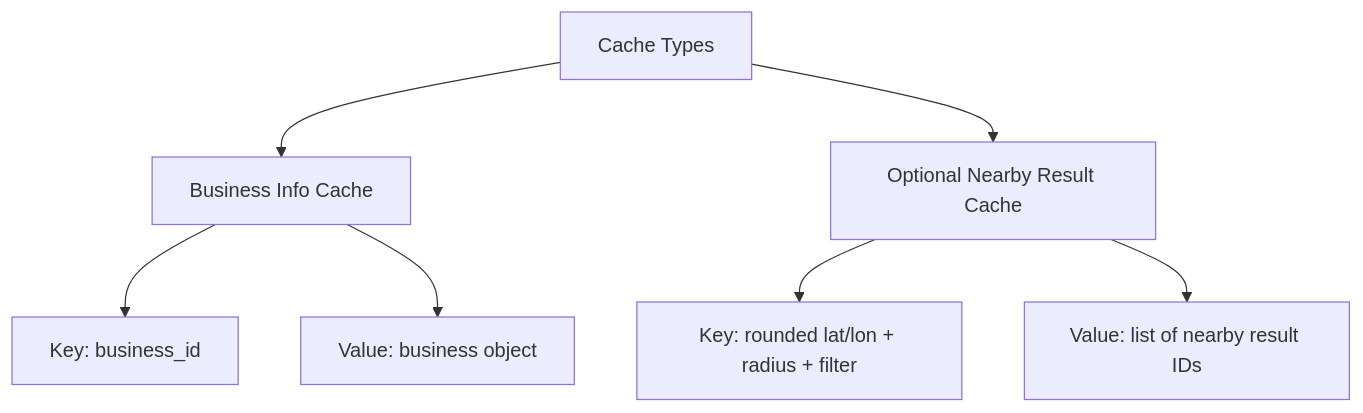
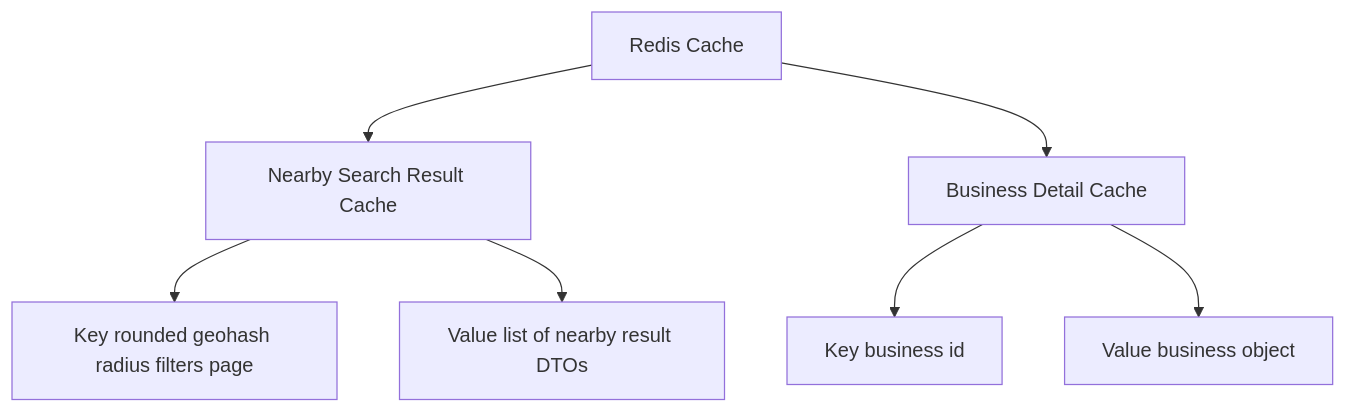
Before and after one commit to mthaiseer/springcloud-systemdesign-notes: the ninth of 18 diagrams in HLD_NOTES/004_INTERVIEW_PROBLEMS/013_proximity_service_visual_notes.md, drawn with Mermaid. The commit also changed other lines of this file and 1 other file, not shown here.

````diff
--- a/HLD_NOTES/004_INTERVIEW_PROBLEMS/013_proximity_service_visual_notes.md
+++ b/HLD_NOTES/004_INTERVIEW_PROBLEMS/013_proximity_service_visual_notes.md
@@ -648,11 +793,11 @@
 ```mermaid
 flowchart TB
-    A[Cache Types] --> B[Business Info Cache]
-    A --> C[Optional Nearby Result Cache]
+    A[Redis Cache] --> B[Nearby Search Result Cache]
+    A --> C[Business Detail Cache]
 
-    B --> B1[Key: business_id]
-    B --> B2[Value: business object]
+    B --> B1[Key rounded geohash radius filters page]
+    B --> B2[Value list of nearby result DTOs]
 
-    C --> C1[Key: rounded lat/lon + radius + filter]
-    C --> C2[Value: list of nearby result IDs]
+    C --> C1[Key business id]
+    C --> C2[Value business object]
 ```
````
